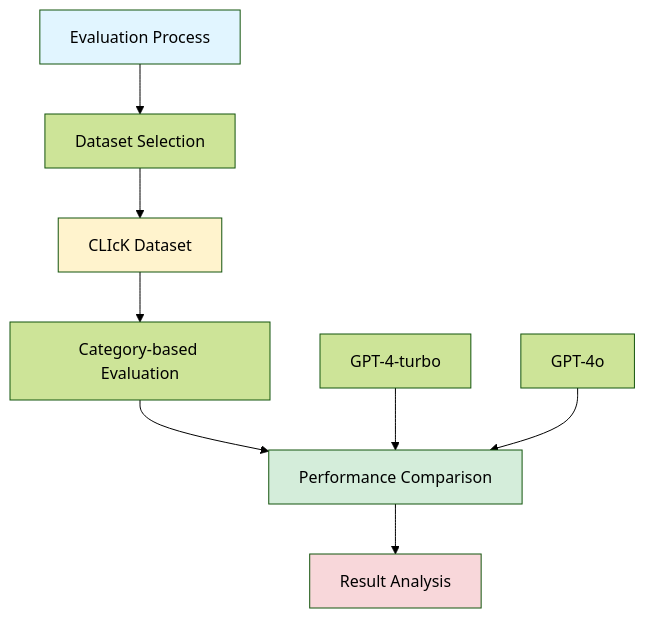
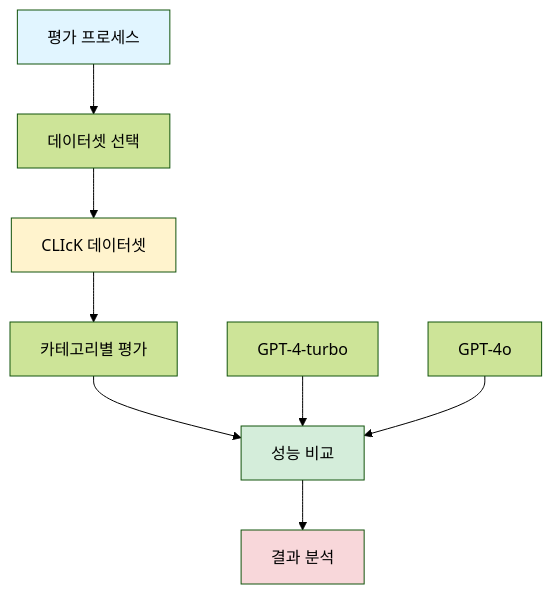
Before and after one commit to akillness/akillness.github.io: the diagram in _posts/2024-05-19-evaluating-llm-use-case.md, drawn with Mermaid (forest theme). The commit also changed other lines of this file and 173 other files, not shown here.

````diff
--- a/_posts/2024-05-19-evaluating-llm-use-case.md
+++ b/_posts/2024-05-19-evaluating-llm-use-case.md
@@ -26,16 +26,16 @@
 ```mermaid
 graph TB
-    A[Evaluation Process] --> B[Dataset Selection]
-    B --> C[CLIcK Dataset]
-    C --> D[Category-based Evaluation]
-    D --> E[Performance Comparison]
-    E --> F[Result Analysis]
+    A[평가 프로세스] --> B[데이터셋 선택]
+    B --> C[CLIcK 데이터셋]
+    C --> D[카테고리별 평가]
+    D --> E[성능 비교]
+    E --> F[결과 분석]
     
     G[GPT-4-turbo] --> E
     H[GPT-4o] --> E
     
     style A fill:#e1f5ff
     style C fill:#fff3cd
     style E fill:#d4edda
     style F fill:#f8d7da
 ```
````
